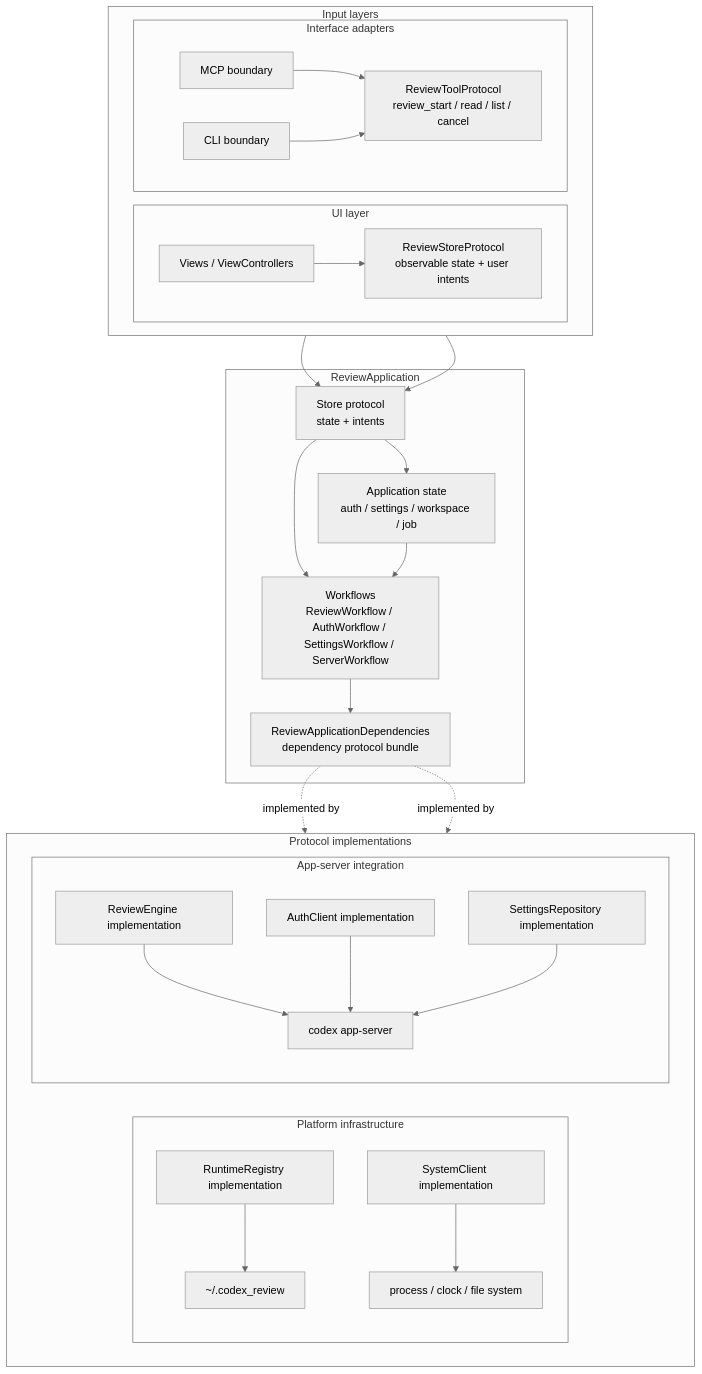
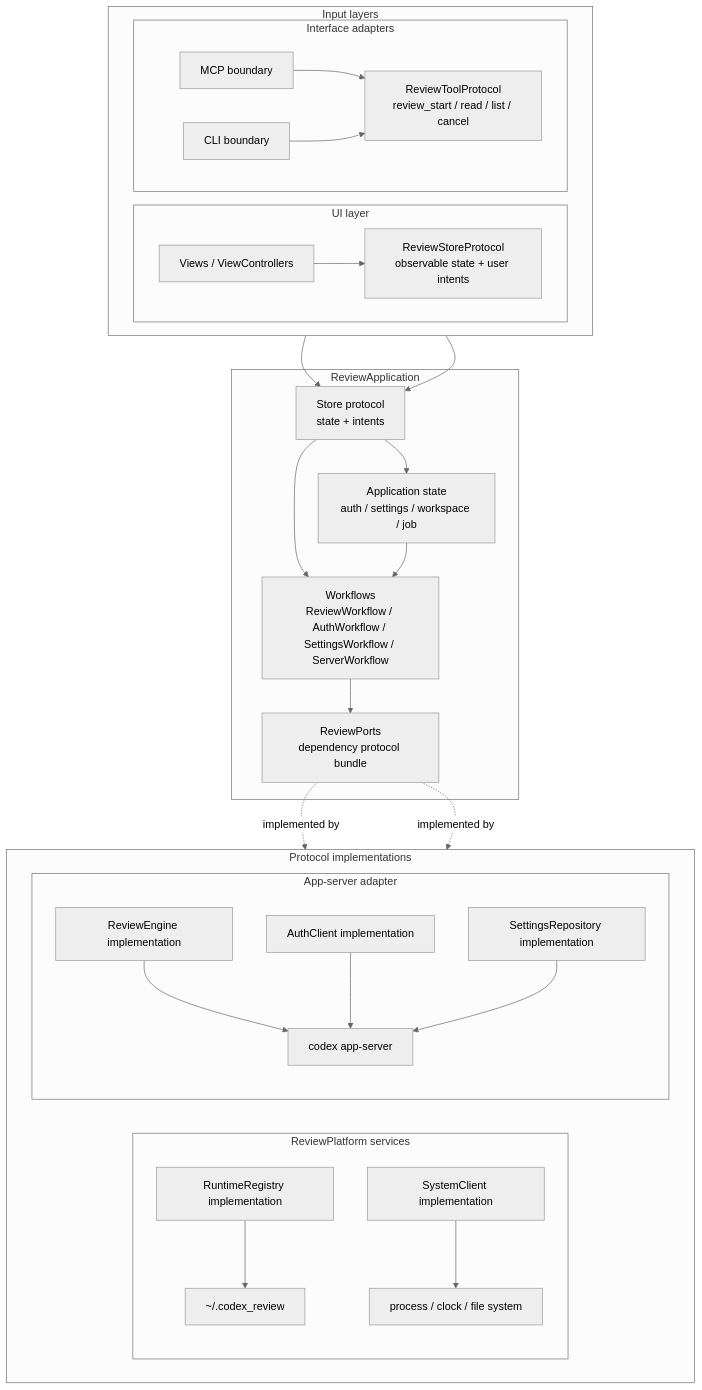
One commit to lynnswap/CodexReviewMCP changed the first of 8 diagrams in Docs/architecture-overview.md. Above: the diagram before and after it, drawn with Mermaid (neutral theme). The commit also changed other lines of this file and 127 other files, not shown here.

Commit message:
refactor(targets): rename architecture targets

````diff
--- a/Docs/architecture-overview.md
+++ b/Docs/architecture-overview.md
@@ -15,60 +15,60 @@
 ```mermaid
 flowchart TB
     subgraph Inputs["Input layers"]
         direction LR
         subgraph UI["UI layer"]
             ViewLayer["Views / ViewControllers"]
             StorePort["ReviewStoreProtocol<br/>observable state + user intents"]
         end
 
         subgraph Adapter["Interface adapters"]
             MCPBoundary["MCP boundary"]
             CLIBoundary["CLI boundary"]
             ToolPort["ReviewToolProtocol<br/>review_start / read / list / cancel"]
         end
     end
 
     subgraph App["ReviewApplication"]
         StoreProtocol["Store protocol<br/>state + intents"]
         AppState["Application state<br/>auth / settings / workspace / job"]
         Workflows["Workflows<br/>ReviewWorkflow / AuthWorkflow / SettingsWorkflow / ServerWorkflow"]
-        Dependencies["ReviewApplicationDependencies<br/>dependency protocol bundle"]
+        Dependencies["ReviewPorts<br/>dependency protocol bundle"]
     end
 
     subgraph Implementations["Protocol implementations"]
         direction LR
-        subgraph Platform["Platform infrastructure"]
+        subgraph Platform["ReviewPlatform services"]
             RuntimeRegistryImpl["RuntimeRegistry implementation"]
             SystemClientImpl["SystemClient implementation"]
             Files["~/.codex_review"]
             Process["process / clock / file system"]
         end
 
-        subgraph AppServer["App-server integration"]
+        subgraph AppServer["App-server adapter"]
             ReviewEngineImpl["ReviewEngine implementation"]
             AuthClientImpl["AuthClient implementation"]
             SettingsRepoImpl["SettingsRepository implementation"]
             Codex["codex app-server"]
         end
     end
 
     ViewLayer --> StorePort
     MCPBoundary --> ToolPort
     CLIBoundary --> ToolPort
 
     StorePort --> StoreProtocol
     ToolPort --> StoreProtocol
     StoreProtocol --> AppState
     StoreProtocol --> Workflows
     AppState --> Workflows
     Workflows --> Dependencies
 
     Dependencies -.->|implemented by| AppServer
     Dependencies -.->|implemented by| Platform
 
     ReviewEngineImpl --> Codex
     AuthClientImpl --> Codex
     SettingsRepoImpl --> Codex
     RuntimeRegistryImpl --> Files
     SystemClientImpl --> Process
 ```
````
